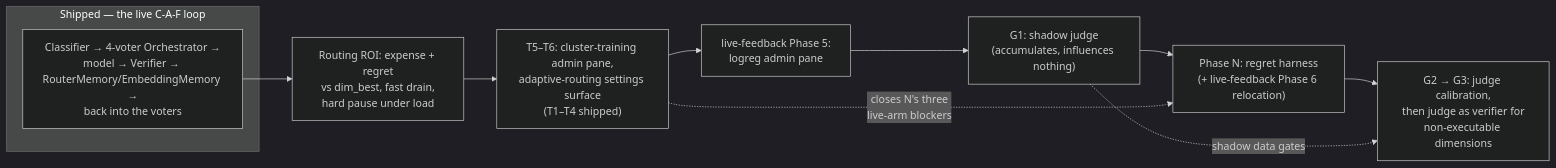
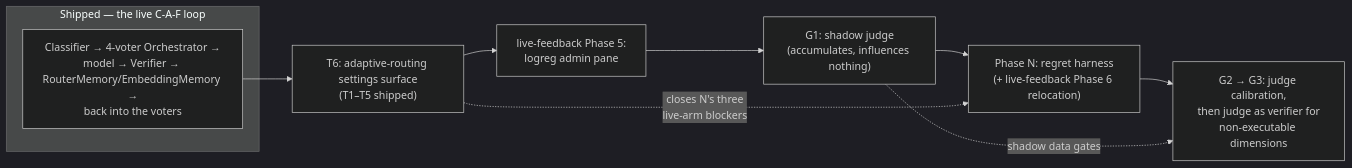
Before and after one commit to davidpizon/TotallyHot-ArcRouter: the diagram in src/PLAN.md, drawn with Mermaid (dark theme). The commit also changed other lines of this file and 16 other files, not shown here.

````diff
--- a/src/PLAN.md
+++ b/src/PLAN.md
@@ -44,17 +46,16 @@
 ```mermaid
 flowchart LR
     subgraph shipped["Shipped — the live C-A-F loop"]
         LOOP["Classifier → 4-voter Orchestrator →<br/>model → Verifier → RouterMemory/EmbeddingMemory →<br/>back into the voters"]
     end
 
-    ROI["Routing ROI: expense + regret<br/>vs dim_best, fast drain,<br/>hard pause under load"]
-    T["T5–T6: cluster-training admin pane,<br/>adaptive-routing settings surface<br/>(T1–T4 shipped)"]
+    T["T6: adaptive-routing settings surface<br/>(T1–T5 shipped)"]
     P5["live-feedback Phase 5:<br/>logreg admin pane"]
     G1["G1: shadow judge<br/>(accumulates, influences nothing)"]
     N["Phase N: regret harness<br/>(+ live-feedback Phase 6 relocation)"]
     G23["G2 → G3: judge calibration,<br/>then judge as verifier for<br/>non-executable dimensions"]
 
-    LOOP --> ROI --> T --> P5 --> G1 --> N --> G23
+    LOOP --> T --> P5 --> G1 --> N --> G23
     T -.->|"closes N's three<br/>live-arm blockers"| N
     G1 -.->|"shadow data gates"| G23
 ```
````
